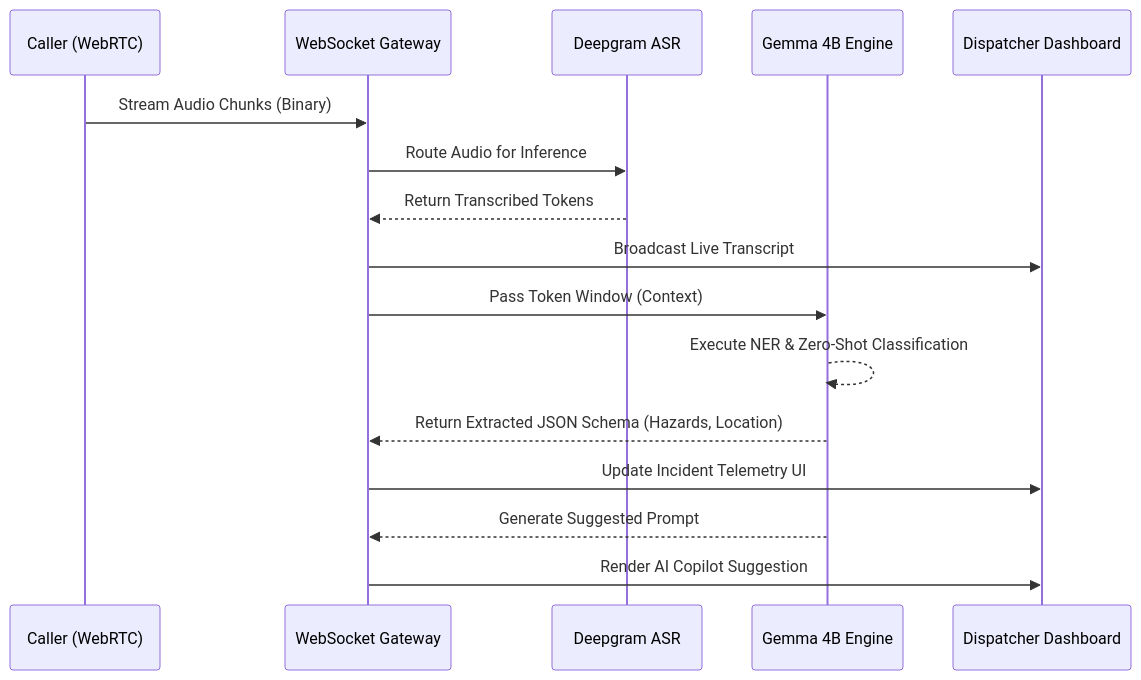
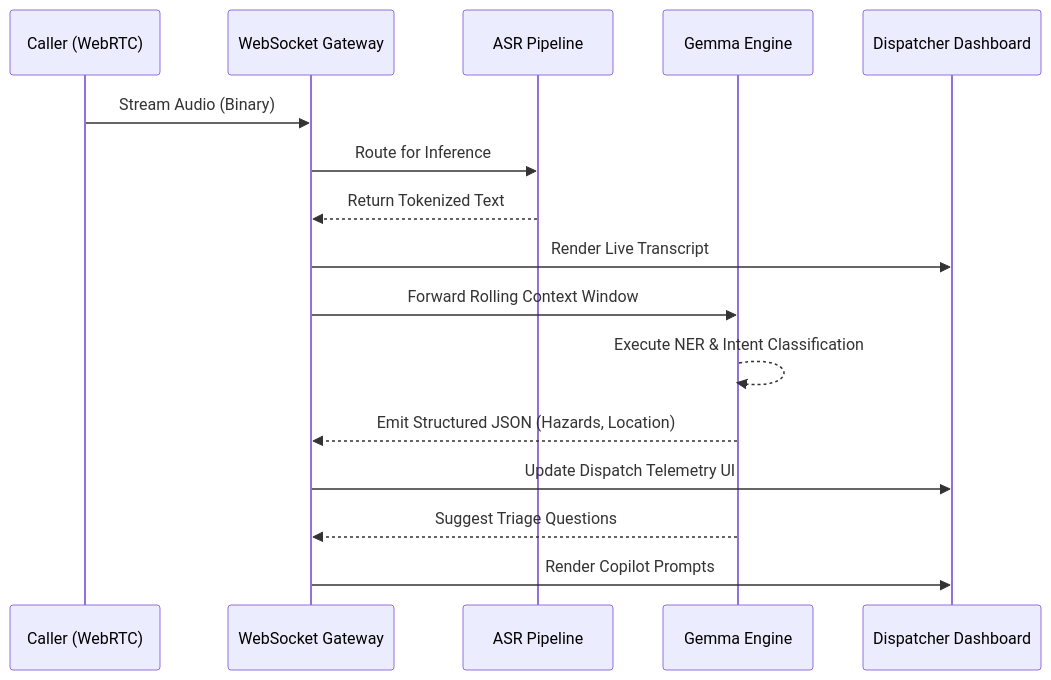
One commit to Rakshi2609/E-mrg changed the second of 4 diagrams in README.md. Above: the diagram before and after it, drawn with Mermaid. The commit also changed other lines of this file and 64 other files, not shown here.

Commit message:
docs: strictly enforce guidelines across writeup and readme (unified architecture, softened claims, verified Gemma 2 2B, unified repo URLs)

````diff
--- a/README.md
+++ b/README.md
@@ -80,21 +69,21 @@
 ```mermaid
 sequenceDiagram
     participant C as Caller (WebRTC)
     participant WS as WebSocket Gateway
-    participant STT as Deepgram ASR
-    participant LLM as Gemma 4B Engine
+    participant STT as ASR Pipeline
+    participant LLM as Gemma Engine
     participant UI as Dispatcher Dashboard
 
-    C->>WS: Stream Audio Chunks (Binary)
-    WS->>STT: Route Audio for Inference
-    STT-->>WS: Return Transcribed Tokens
-    WS->>UI: Broadcast Live Transcript
+    C->>WS: Stream Audio (Binary)
+    WS->>STT: Route for Inference
+    STT-->>WS: Return Tokenized Text
+    WS->>UI: Render Live Transcript
     
-    WS->>LLM: Pass Token Window (Context)
-    LLM-->>LLM: Execute NER & Zero-Shot Classification
-    LLM-->>WS: Return Extracted JSON Schema (Hazards, Location)
-    WS->>UI: Update Incident Telemetry UI
+    WS->>LLM: Forward Rolling Context Window
+    LLM-->>LLM: Execute NER & Intent Classification
+    LLM-->>WS: Emit Structured JSON (Hazards, Location)
+    WS->>UI: Update Dispatch Telemetry UI
     
-    LLM-->>WS: Generate Suggested Prompt
-    WS->>UI: Render AI Copilot Suggestion
+    LLM-->>WS: Suggest Triage Questions
+    WS->>UI: Render Copilot Prompts
 ```
````
